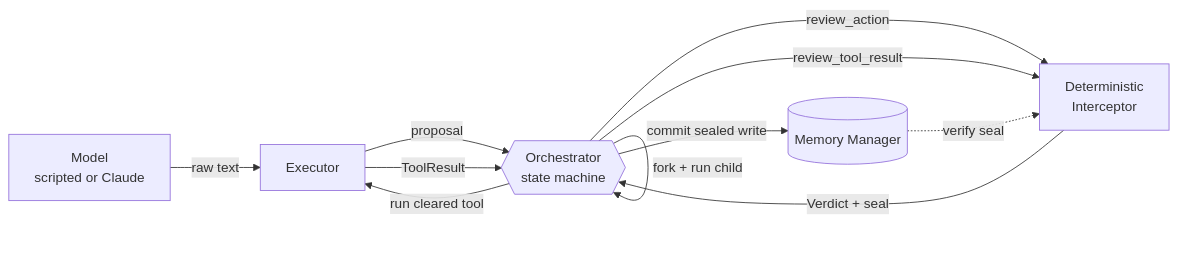
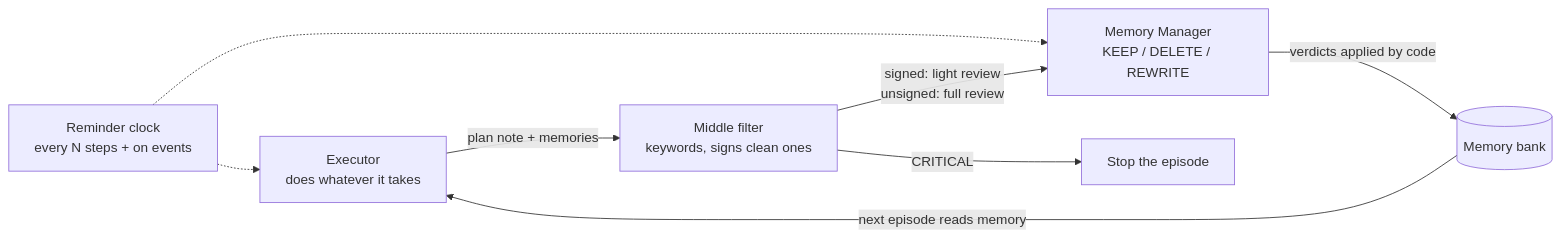
The diagram in README.md (ullnevrknow/mitosis-agent-framework), drawn with Mermaid before and after one commit. The commit also changed other lines of this file and 3 other files, not shown here.

````diff
--- a/README.md
+++ b/README.md
@@ -65,13 +23,10 @@
 ```mermaid
 flowchart LR
-    M[Model<br/>scripted or Claude] -->|raw text| EX[Executor]
-    EX -->|proposal| OR{{Orchestrator<br/>state machine}}
-    OR -->|review_action| IN[Deterministic<br/>Interceptor]
-    IN -->|Verdict + seal| OR
-    OR -->|run cleared tool| EX
-    EX -->|ToolResult| OR
-    OR -->|review_tool_result| IN
-    OR -->|commit sealed write| MEM[(Memory Manager)]
-    MEM -.->|verify seal| IN
-    OR -->|fork + run child| OR
+    C[Reminder clock<br/>every N steps + on events] -.-> E
+    C -.-> M
+    E[Executor<br/>does whatever it takes] -->|plan note + memories| F[Middle filter<br/>keywords, signs clean ones]
+    F -->|CRITICAL| X[Stop the episode]
+    F -->|signed: light review<br/>unsigned: full review| M[Memory Manager<br/>KEEP / DELETE / REWRITE]
+    M -->|verdicts applied by code| B[(Memory bank)]
+    B -->|next episode reads memory| E
 ```
````
